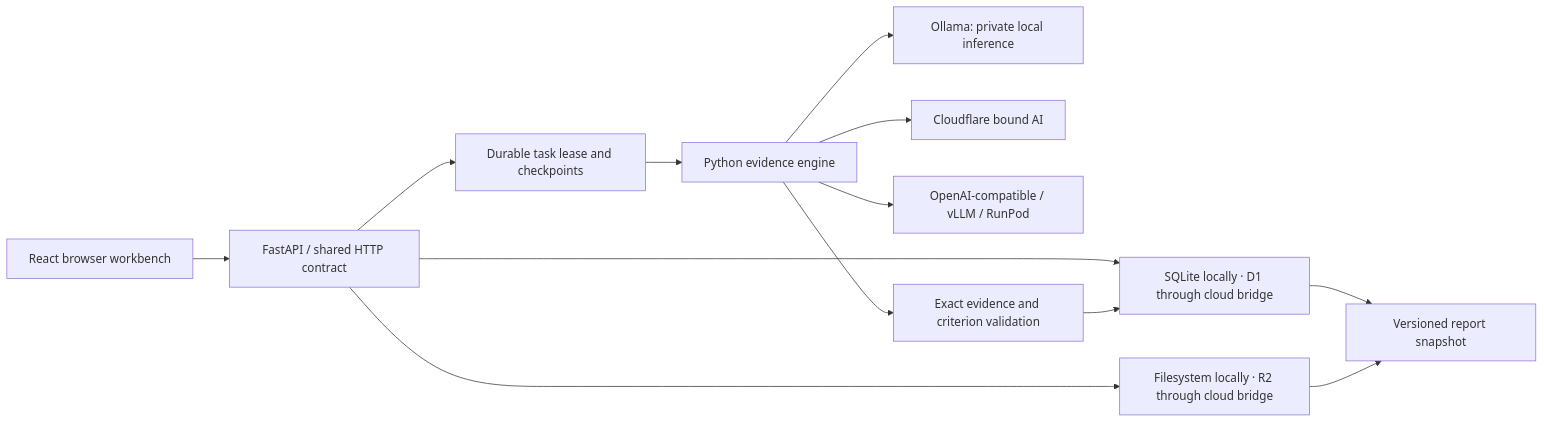
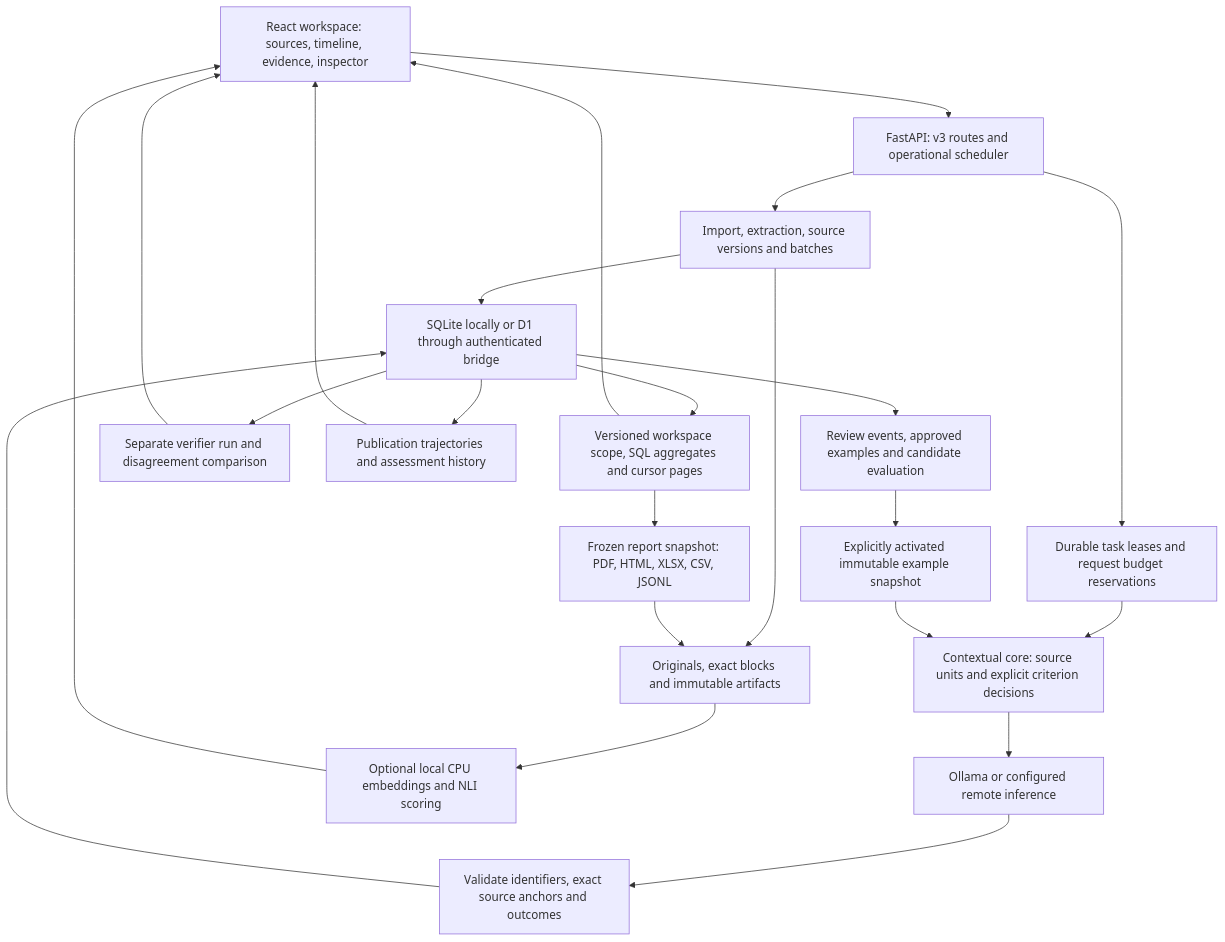
The diagram in docs/architecture.md (sargonxg/DOXA-by-TACITUS), drawn with Mermaid before and after one commit. The commit also changed other lines of this file and 109 other files, not shown here.

````diff
--- a/docs/architecture.md
+++ b/docs/architecture.md
@@ -5,15 +5,25 @@
 ```mermaid
-flowchart LR
-    UI[React browser workbench] --> API[FastAPI / shared HTTP contract]
-    API --> DB[SQLite locally · D1 through cloud bridge]
-    API --> OBJ[Filesystem locally · R2 through cloud bridge]
-    API --> JOB[Durable task lease and checkpoints]
-    JOB --> CORE[Python evidence engine]
-    CORE --> LOCAL[Ollama: private local inference]
-    CORE --> CF[Cloudflare bound AI]
-    CORE --> GPU[OpenAI-compatible / vLLM / RunPod]
-    CORE --> VALIDATE[Exact evidence and criterion validation]
-    VALIDATE --> DB
-    DB --> REPORT[Versioned report snapshot]
-    OBJ --> REPORT
+flowchart TD
+    UI[React workspace: sources, timeline, evidence, inspector] --> API[FastAPI: v3 routes and operational scheduler]
+    API --> IMPORT[Import, extraction, source versions and batches]
+    IMPORT --> FILES[Originals, exact blocks and immutable artifacts]
+    IMPORT --> STATE[SQLite locally or D1 through authenticated bridge]
+    API --> JOB[Durable task leases and request budget reservations]
+    JOB --> CORE[Contextual core: source units and explicit criterion decisions]
+    CORE --> PROVIDER[Ollama or configured remote inference]
+    PROVIDER --> GATE[Validate identifiers, exact source anchors and outcomes]
+    GATE --> STATE
+    STATE --> QUERY[Versioned workspace scope, SQL aggregates and cursor pages]
+    QUERY --> UI
+    QUERY --> REPORT[Frozen report snapshot: PDF, HTML, XLSX, CSV, JSONL]
+    REPORT --> FILES
+    STATE --> REVIEW[Review events, approved examples and candidate evaluation]
+    REVIEW --> MEMORY[Explicitly activated immutable example snapshot]
+    MEMORY --> CORE
+    STATE --> VERIFY[Separate verifier run and disagreement comparison]
+    VERIFY --> UI
+    STATE --> TIME[Publication trajectories and assessment history]
+    TIME --> UI
+    FILES --> CPU[Optional local CPU embeddings and NLI scoring]
+    CPU --> UI
 ```
````
